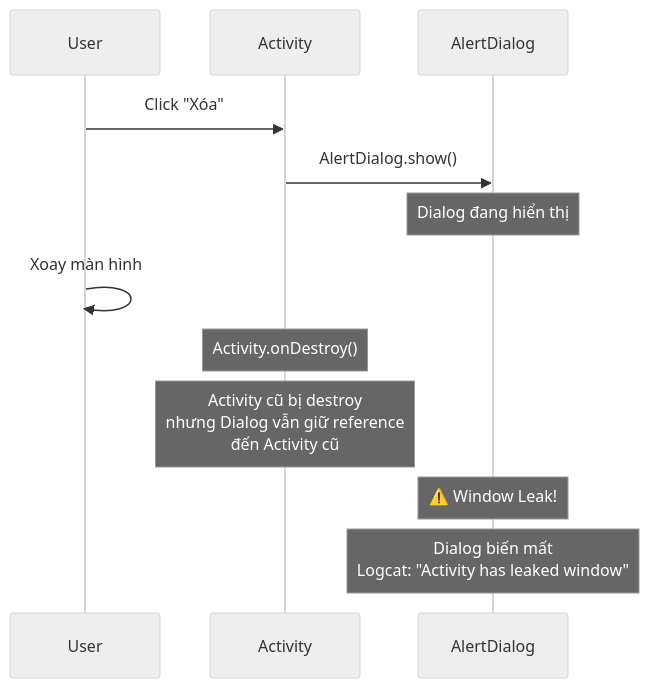
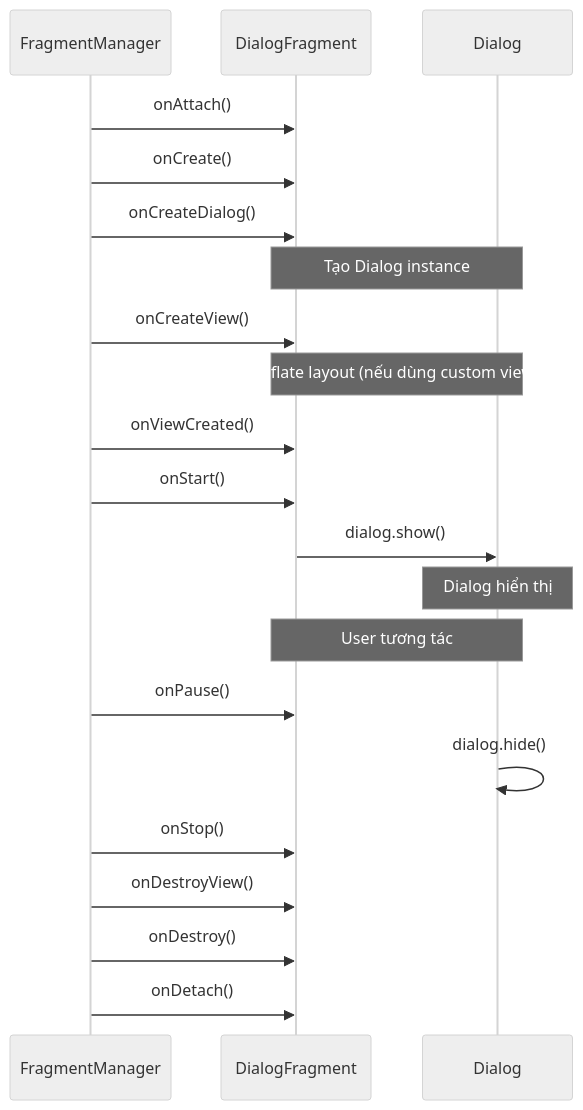
Before and after one commit to h1eu/knowledge: the second of 4 diagrams in knowledge/android/docs/session_04/components/fragment/dialog_and_dialogfragment.md, drawn with Mermaid (neutral theme). The commit also changed other lines of this file and 80 other files, not shown here.

First line of the commit message:
docs(android): rewrite Session 01, add Claude Code config and diagrams

````diff
--- a/knowledge/android/docs/session_04/components/fragment/dialog_and_dialogfragment.md
+++ b/knowledge/android/docs/session_04/components/fragment/dialog_and_dialogfragment.md
@@ -53,16 +103,26 @@
 ```mermaid
 sequenceDiagram
-    participant User
-    participant Act as Activity
-    participant Dialog as AlertDialog
-
-    User->>Act: Click "Xóa"
-    Act->>Dialog: AlertDialog.show()
-    Note over Dialog: Dialog đang hiển thị
-
-    User->>User: Xoay màn hình
-    Note over Act: Activity.onDestroy()
-    Note over Act: Activity cũ bị destroy<br/>nhưng Dialog vẫn giữ reference<br/>đến Activity cũ
-    Note over Dialog: ⚠️ Window Leak!
-    Note over Dialog: Dialog biến mất<br/>Logcat: "Activity has leaked window"
+    participant FM as FragmentManager
+    participant DF as DialogFragment
+    participant D as Dialog
+    
+    FM->>DF: onAttach()
+    FM->>DF: onCreate()
+    FM->>DF: onCreateDialog()
+    Note over DF,D: Tạo Dialog instance
+    FM->>DF: onCreateView()
+    Note over DF,D: Inflate layout (nếu dùng custom view)
+    FM->>DF: onViewCreated()
+    FM->>DF: onStart()
+    DF->>D: dialog.show()
+    Note over D: Dialog hiển thị
+    
+    Note over DF,D: User tương tác
+    
+    FM->>DF: onPause()
+    D->>D: dialog.hide()
+    FM->>DF: onStop()
+    FM->>DF: onDestroyView()
+    FM->>DF: onDestroy()
+    FM->>DF: onDetach()
 ```
````
